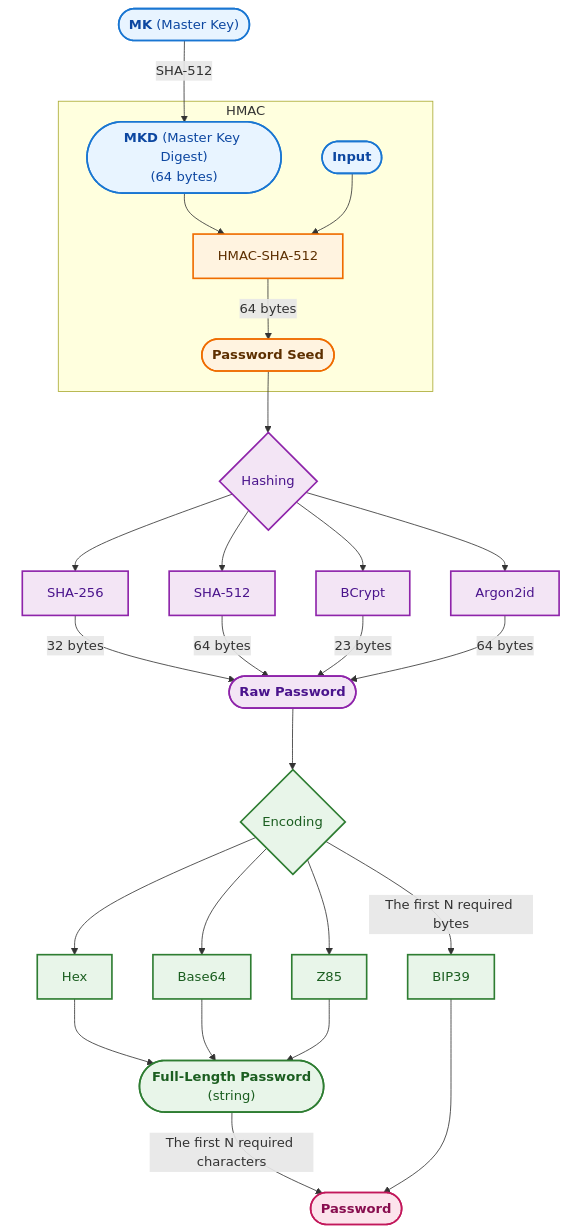
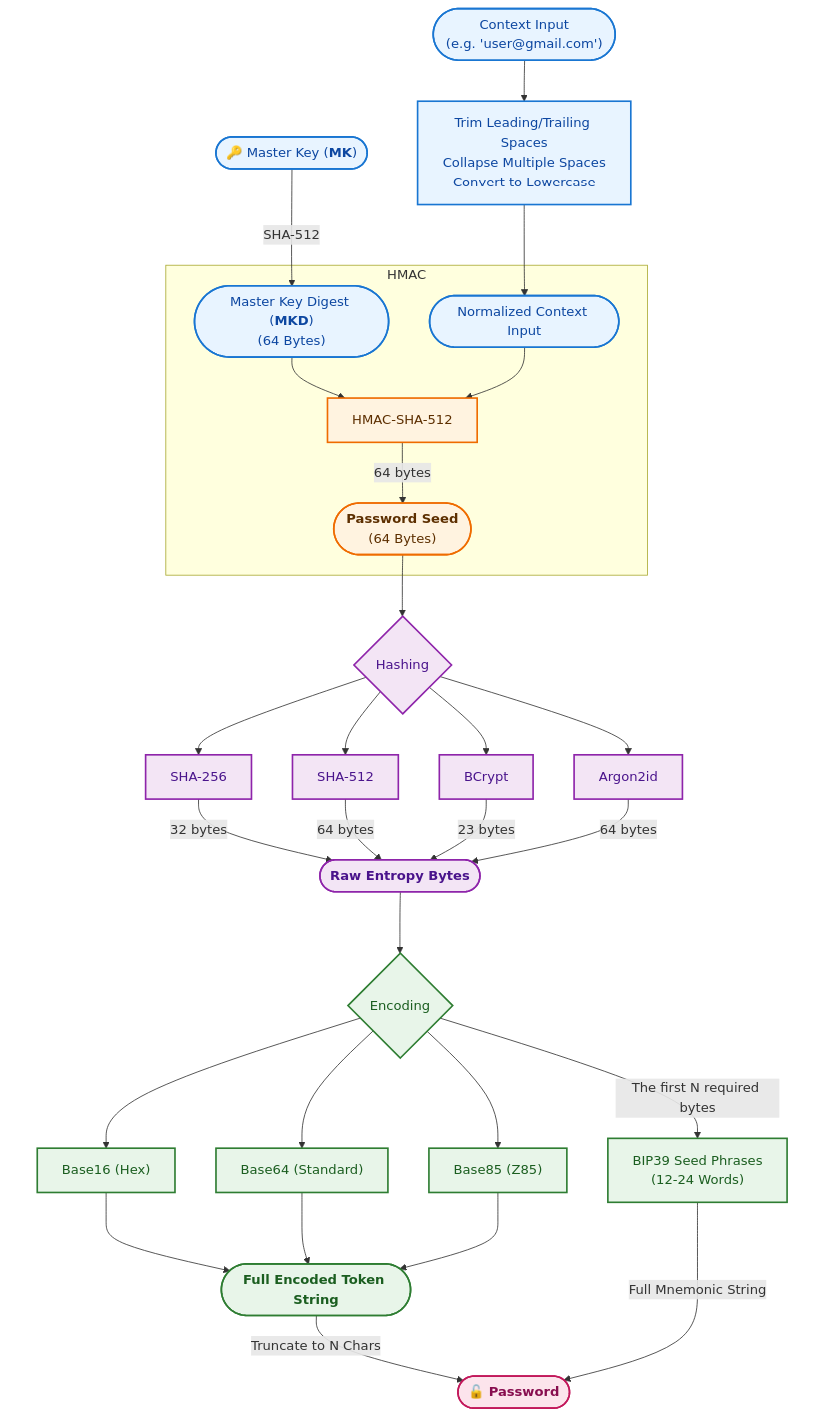
One commit to nasiri97/PassGen changed the diagram in README.md. Above: the diagram before and after it, drawn with Mermaid. The commit also changed other lines of this file and 11 other files, not shown here.

````diff
--- a/README.md
+++ b/README.md
@@ -27,74 +38,76 @@
 ```mermaid
 flowchart TD
 %% ─────────────────────────────────────────────
 %% Key Derivation / Authentication
 %% ─────────────────────────────────────────────
 
-    MK(["<b>MK</b> (Master Key)"]) -->|SHA-512| MKD(["<b>MKD</b> (Master Key Digest)<br/>(64 bytes)"])
+    MK(["🔑 Master Key (<b>MK</b>)"]) -->|SHA-512| MKD(["Master Key Digest (<b>MKD</b>)<br/>(64 Bytes)"])
+
+    CIN(["Context Input</br>(e.g. 'user@gmail.com')"]) --> NORMALIZE["Trim Leading/Trailing Spaces</br>Collapse Multiple Spaces</br>Convert to Lowercase"]
+    NORMALIZE --> NCIN(["Normalized Context Input"])
 
     subgraph HMAC_STAGE["HMAC"]
         MKD --> HMAC["HMAC-SHA-512"]
-        IN(["<b>Input</b>"]) --> HMAC
-
-        HMAC -->|64 bytes| HASH(["<b>Password Seed</b>"])
+        NCIN --> HMAC
+        HMAC -->|64 bytes| HASH(["<b>Password Seed</b></br>(64 Bytes)"])
     end
 
 
 %% ─────────────────────────────────────────────
 %% Password Hashing / KDF
 %% ─────────────────────────────────────────────
 
     HASH --> ALG{"Hashing"}
 
     ALG --> SHA256["SHA-256"]
     ALG --> SHA512["SHA-512"]
     ALG --> BCRYPT["BCrypt"]
     ALG --> ARGON["Argon2id"]
 
-    SHA256 -->|32 bytes| RAW(["<b>Raw Password</b>"])
+    SHA256 -->|32 bytes| RAW(["<b>Raw Entropy Bytes</b>"])
     SHA512 -->|64 bytes| RAW
     BCRYPT -->|23 bytes| RAW
     ARGON -->|64 bytes| RAW
 
 %% ─────────────────────────────────────────────
 %% Encoding
 %% ─────────────────────────────────────────────
 
     RAW --> ENC{"Encoding"}
 
     subgraph InvisibleGroup
-        ENC --> HEX["Hex"]
-        ENC --> BASE64["Base64"]
-        ENC --> Z85["Z85"]
-        ENC -->|The first N required bytes| BIP39["BIP39"]
+        ENC --> HEX["Base16 (Hex)"]
+        ENC --> BASE64["Base64 (Standard)"]
+        ENC --> Z85["Base85 (Z85)"]
+        ENC -->|The first N required bytes| BIP39["BIP39 Seed Phrases</br>(12-24 Words)"]
     end
 
-    HEX --> STR(["<b>Full-Length Password</b><br/>(string)"])
+    HEX --> STR(["<b>Full Encoded Token String</b>"])
     BASE64 --> STR
     Z85 --> STR
 
 %% ─────────────────────────────────────────────
 %% Final Output
 %% ─────────────────────────────────────────────
 
-    STR -->|The first N required characters| OUT(["<b>Password</b>"])
-    BIP39 --> OUT
+    STR -->|Truncate to N Chars| FINAL(["🔓 <b>Password</b>"])
+    BIP39 --> |Full Mnemonic String| FINAL
 
 %% ─────────────────────────────────────────────
 %% Styling
 %% ─────────────────────────────────────────────
 
     classDef input fill:#e8f4ff,stroke:#1976d2,stroke-width:2px,color:#0d47a1
     classDef crypto fill:#fff3e0,stroke:#ef6c00,stroke-width:2px,color:#5d2f00
     classDef algorithm fill:#f3e5f5,stroke:#8e24aa,stroke-width:2px,color:#4a148c
     classDef encoding fill:#e8f5e9,stroke:#2e7d32,stroke-width:2px,color:#1b5e20
     classDef output fill:#fce4ec,stroke:#c2185b,stroke-width:2px,color:#880e4f
 
-    class MK,MKD,IN input
+    class MK,MKD,NCIN,NORMALIZE,CIN input
     class HMAC,HASH crypto
     class ALG,SHA256,SHA512,BCRYPT,ARGON,RAW algorithm
     class ENC,HEX,BASE64,Z85,STR,BIP39 encoding
-    class OUT output
+    class FINAL output
 
     style InvisibleGroup fill:transparent,stroke:transparent,color:transparent
 ```
````
